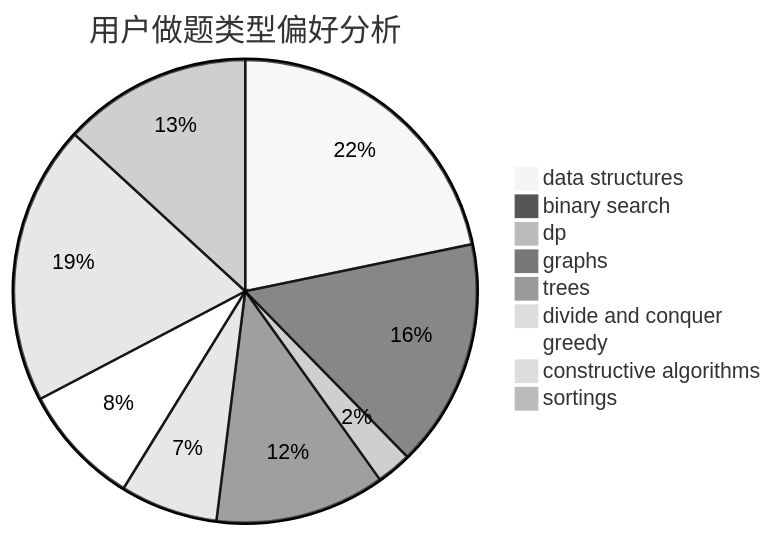
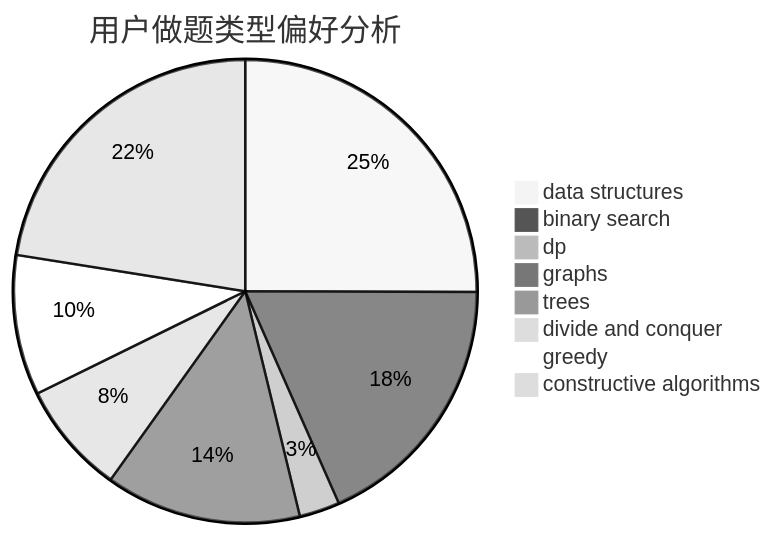
One commit to sherpahu/cfrs.github.io changed the second of 3 diagrams in docs/user/u1872.md. Above: the diagram before and after it, drawn with Mermaid (neutral theme). The commit also changed other lines of this file and 2769 other files, not shown here.

````diff
--- a/docs/user/u1872.md
+++ b/docs/user/u1872.md
@@ -18,12 +18,11 @@
 ```mermaid
 pie title 用户做题类型偏好分析
     "data structures" :  284
     "binary search" :  208
     "dp" :  32
     "graphs" :  155
     "trees" :  8
     "divide and conquer" :  89
     "greedy" :  111
     "constructive algorithms" :  255
-    "sortings" :  172
 ```
````
